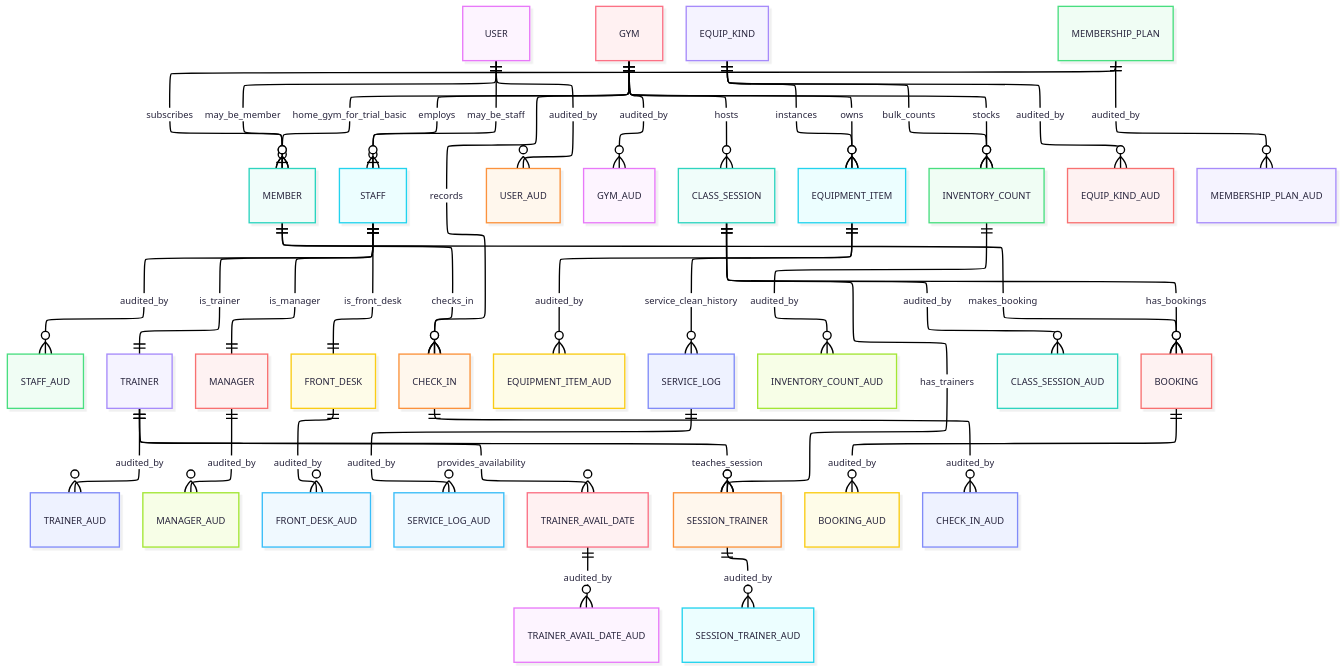
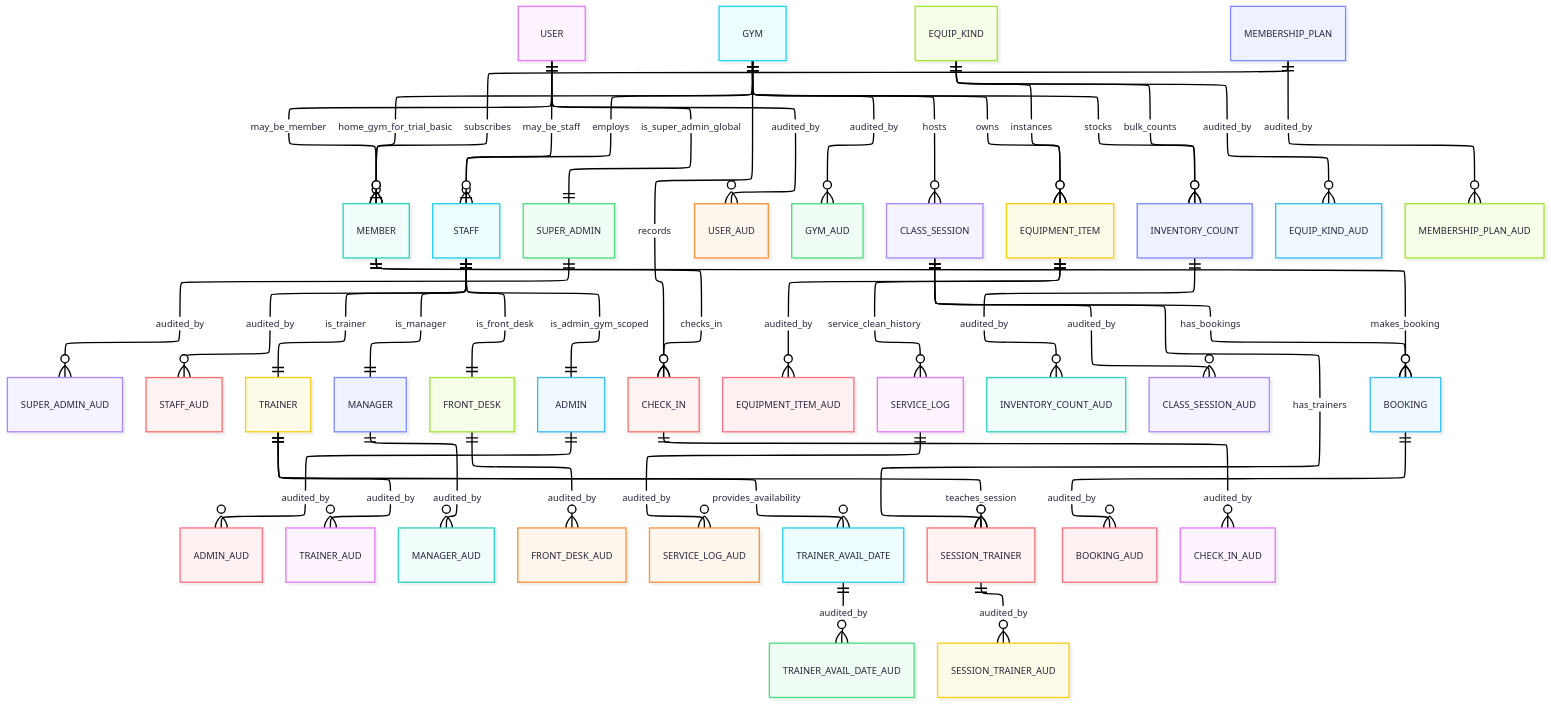
Before and after one commit to jic48-rutgers/FitDB: the diagram in docs/TDD.md, drawn with Mermaid. The commit also changed 1 other file, not shown here.

Commit message:
added stuff for admins to ERDs.md and TDD.md

````diff
--- a/docs/TDD.md
+++ b/docs/TDD.md
@@ -28,62 +28,65 @@
 ```mermaid
 ---
 config:
   theme: redux-color
   look: neo
   layout: elk
   elk:
     mergeEdges: True
     nodePlacementStrategy: LINEAR_SEGMENTS
 ---
 erDiagram
     %% overview WITH audit tables
 
     %% user specializations
     USER ||--o| MEMBER : may_be_member
     USER ||--o{ USER_AUD : audited_by
     USER ||--o| STAFF  : may_be_staff
+    USER ||--|| SUPER_ADMIN : is_super_admin_global
+    SUPER_ADMIN ||--o{ SUPER_ADMIN_AUD : audited_by
 
     STAFF ||--o{ STAFF_AUD : audited_by
     STAFF ||--|| TRAINER     : is_trainer
     STAFF ||--|| MANAGER     : is_manager
     STAFF ||--|| FRONT_DESK  : is_front_desk
-
+    STAFF ||--|| ADMIN       : is_admin_gym_scoped
+    ADMIN ||--o{ ADMIN_AUD   : audited_by
     TRAINER ||--o{ TRAINER_AUD : audited_by
     MANAGER ||--o{ MANAGER_AUD : audited_by
     FRONT_DESK ||--o{ FRONT_DESK_AUD : audited_by
 
     %% gym "ownership"
     GYM ||--o{ GYM_AUD         : audited_by
     GYM ||--o{ STAFF           : employs
     GYM ||--o{ CLASS_SESSION   : hosts
     GYM ||--o{ CHECK_IN        : records
     GYM ||--o{ EQUIPMENT_ITEM  : owns
     GYM ||--o{ INVENTORY_COUNT : stocks
     GYM ||--o{ MEMBER          : home_gym_for_trial_basic
 
     %% equipment & maintenance
     EQUIP_KIND   ||--o{ EQUIP_KIND_AUD : audited_by
     EQUIP_KIND   ||--o{ EQUIPMENT_ITEM : instances
     EQUIP_KIND   ||--o{ INVENTORY_COUNT: bulk_counts
     EQUIPMENT_ITEM ||--o{ EQUIPMENT_ITEM_AUD : audited_by
     EQUIPMENT_ITEM ||--o{ SERVICE_LOG   : service_clean_history
     INVENTORY_COUNT ||--o{ INVENTORY_COUNT_AUD : audited_by
     SERVICE_LOG ||--o{ SERVICE_LOG_AUD  : audited_by
 
     %% availability & class staffing
     TRAINER ||--o{ TRAINER_AVAIL_DATE : provides_availability
     TRAINER_AVAIL_DATE ||--o{ TRAINER_AVAIL_DATE_AUD : audited_by
     CLASS_SESSION ||--o{ CLASS_SESSION_AUD : audited_by
     CLASS_SESSION ||--o{ SESSION_TRAINER : has_trainers
     SESSION_TRAINER ||--o{ SESSION_TRAINER_AUD : audited_by
     TRAINER ||--o{ SESSION_TRAINER : teaches_session
 
     %% memberships, bookings, and attendance
     MEMBERSHIP_PLAN ||--o{ MEMBERSHIP_PLAN_AUD : audited_by
     MEMBERSHIP_PLAN ||--o{ MEMBER : subscribes
     CLASS_SESSION   ||--o{ BOOKING : has_bookings
     BOOKING ||--o{ BOOKING_AUD : audited_by
     MEMBER          ||--o{ BOOKING : makes_booking
     CHECK_IN ||--o{ CHECK_IN_AUD : audited_by
     MEMBER          ||--o{ CHECK_IN: checks_in
 ```
````
